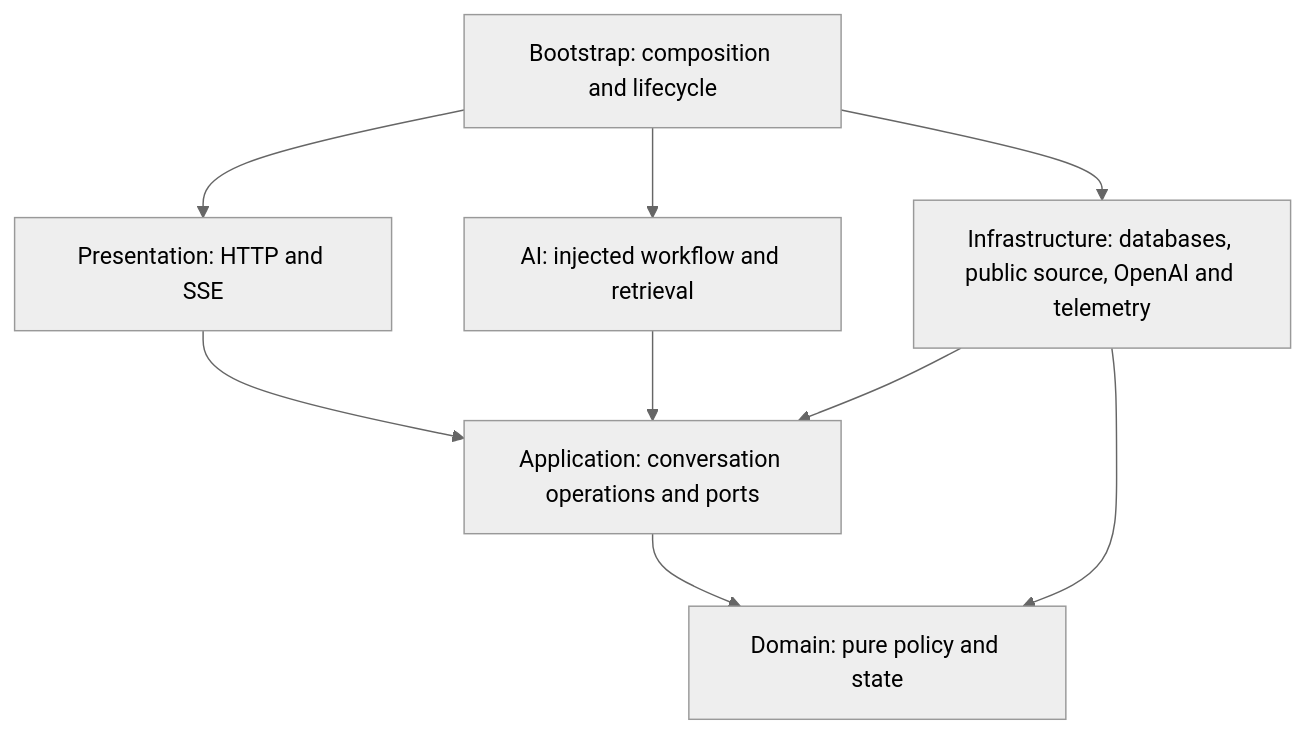
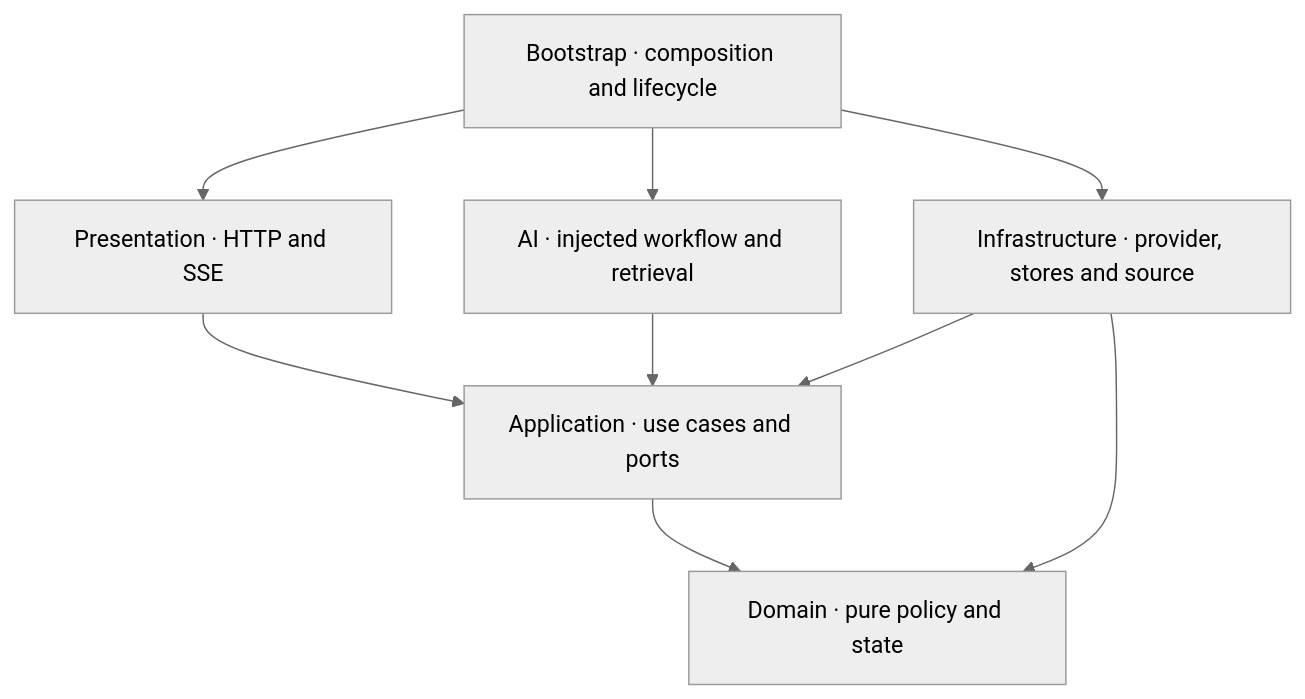
One commit to gonzalomartinperez/portfolio-assistant-api changed the second of 3 diagrams in README.md. Above: the diagram before and after it, drawn with Mermaid (neutral theme). The commit also changed other lines of this file and 9 other files, not shown here.

Commit message:
docs: present assistant architecture and end-to-end visual gallery

````diff
--- a/README.md
+++ b/README.md
@@ -90,11 +114,11 @@
 ```mermaid
 flowchart TB
-    B[Bootstrap: composition and lifecycle] --> HTTP[Presentation: HTTP and SSE]
-    HTTP --> A[Application: conversation operations and ports]
-    A --> D[Domain: pure policy and state]
-    B --> AI[AI: injected workflow and retrieval]
+    B[Bootstrap · composition and lifecycle] --> P[Presentation · HTTP and SSE]
+    P --> A[Application · use cases and ports]
+    A --> D[Domain · pure policy and state]
+    B --> AI[AI · injected workflow and retrieval]
     AI --> A
-    B --> I[Infrastructure: databases, public source, OpenAI and telemetry]
+    B --> I[Infrastructure · provider, stores and source]
     I --> A
     I --> D
 ```
````
